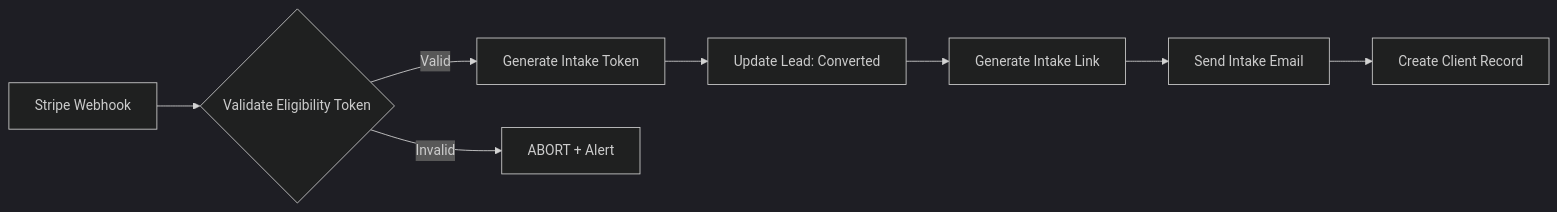
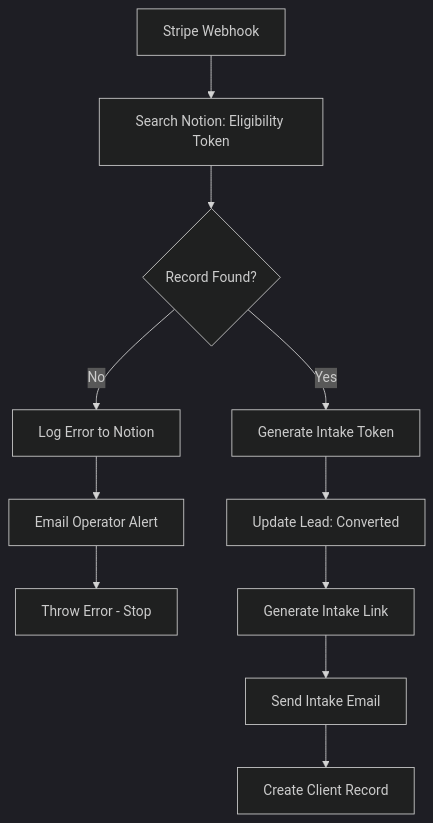
The second of 7 diagrams in automation/service_wiring.md (CrisisCore-Systems/node-null-control), drawn with Mermaid (dark theme) before and after one commit. The commit also changed other lines of this file and 1 other file, not shown here.

Commit message:
Address code review: add Tally setup, diagnostic rejection codes, abort mechanism

````diff
--- a/automation/service_wiring.md
+++ b/automation/service_wiring.md
@@ -230,10 +278,13 @@
 ```mermaid
-flowchart LR
-    Stripe[Stripe Webhook] --> Validate{Validate Eligibility Token}
-    Validate -->|Valid| Token[Generate Intake Token]
-    Validate -->|Invalid| Abort[ABORT + Alert]
+flowchart TD
+    Stripe[Stripe Webhook] --> Search[Search Notion: Eligibility Token]
+    Search --> Router{Record Found?}
+    Router -->|Yes| Token[Generate Intake Token]
+    Router -->|No| Log[Log Error to Notion]
+    Log --> Alert[Email Operator Alert]
+    Alert --> Error[Throw Error - Stop]
     Token --> Update[Update Lead: Converted]
     Update --> Tally[Generate Intake Link]
     Tally --> Gmail[Send Intake Email]
     Gmail --> Notion[Create Client Record]
 ```
````
